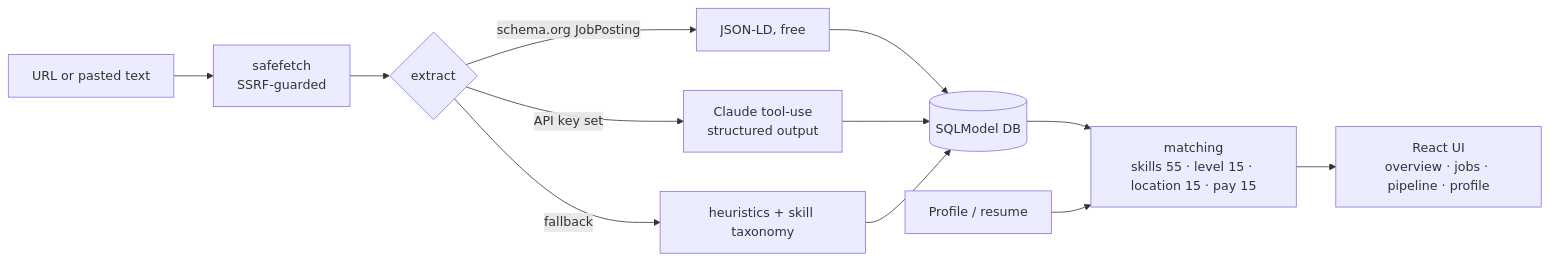
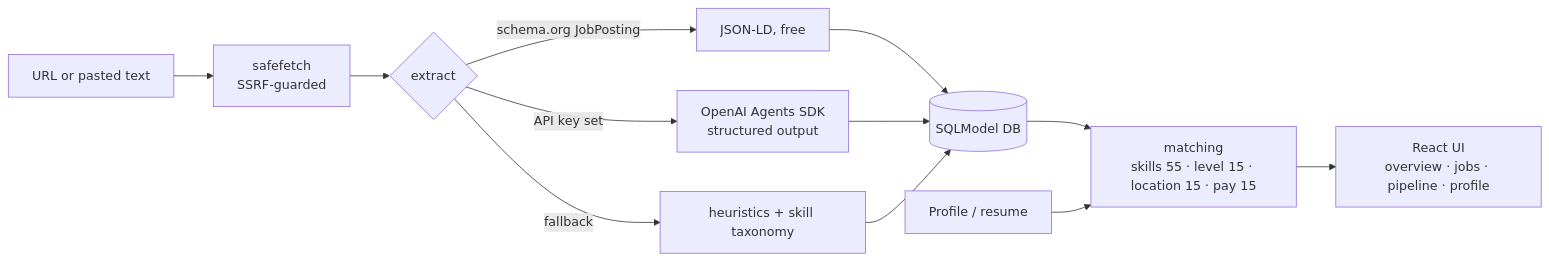
Before and after one commit to jckail/Jobbr: the first of 2 diagrams in readme.md, drawn with Mermaid. The commit also changed other lines of this file and 62 other files, not shown here.

Commit message:
Build secure local Jobbr foundation with OpenAI agents and design prototype

````diff
--- a/readme.md
+++ b/readme.md
@@ -11,12 +11,12 @@
 ```mermaid
 flowchart LR
   U[URL or pasted text] --> F[safefetch<br/>SSRF-guarded]
   F --> E{extract}
   E -->|schema.org JobPosting| J[JSON-LD, free]
-  E -->|API key set| L[Claude tool-use<br/>structured output]
+  E -->|API key set| L[OpenAI Agents SDK<br/>structured output]
   E -->|fallback| H[heuristics + skill taxonomy]
   J & L & H --> DB[(SQLModel DB)]
   DB --> M[matching<br/>skills 55 · level 15 · location 15 · pay 15]
   P[Profile / resume] --> M
   M --> UI[React UI<br/>overview · jobs · pipeline · profile]
 ```
````
